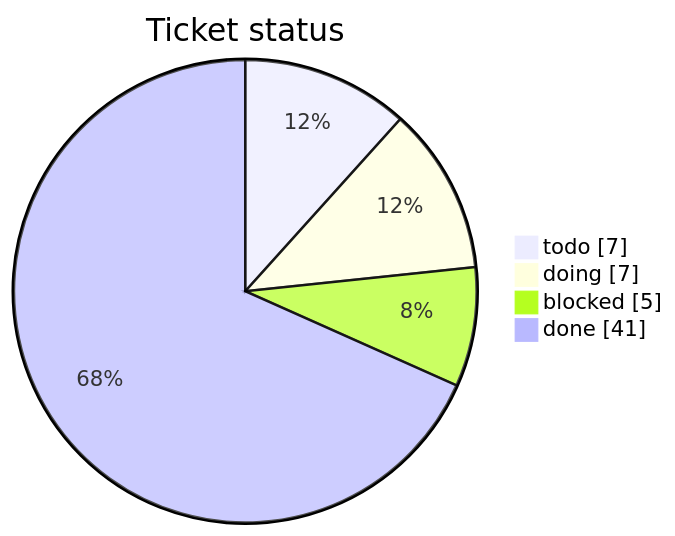
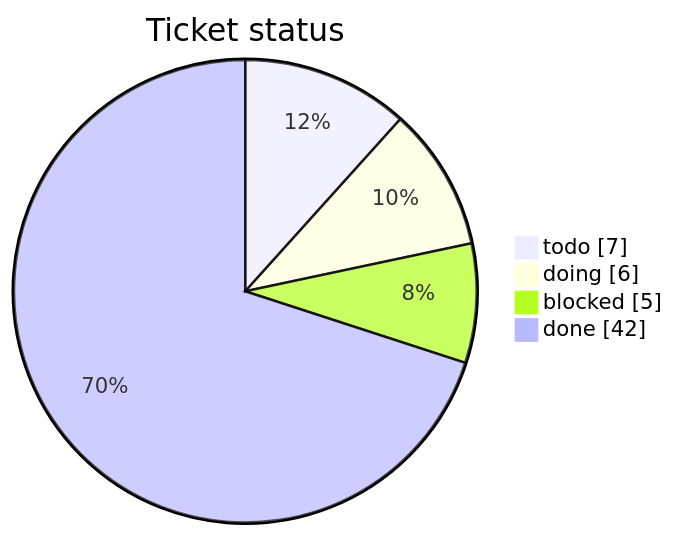
Before and after one commit to mohamed-soubhi/bootlab-esp: the first of 3 diagrams in tickets/TICKETS.md, drawn with Mermaid. The commit also changed other lines of this file and 4 other files, not shown here.

````diff
--- a/tickets/TICKETS.md
+++ b/tickets/TICKETS.md
@@ -14,7 +14,7 @@
 ```mermaid
 pie showData title Ticket status
     "todo" : 7
-    "doing" : 7
+    "doing" : 6
     "blocked" : 5
-    "done" : 41
+    "done" : 42
 ```
````
